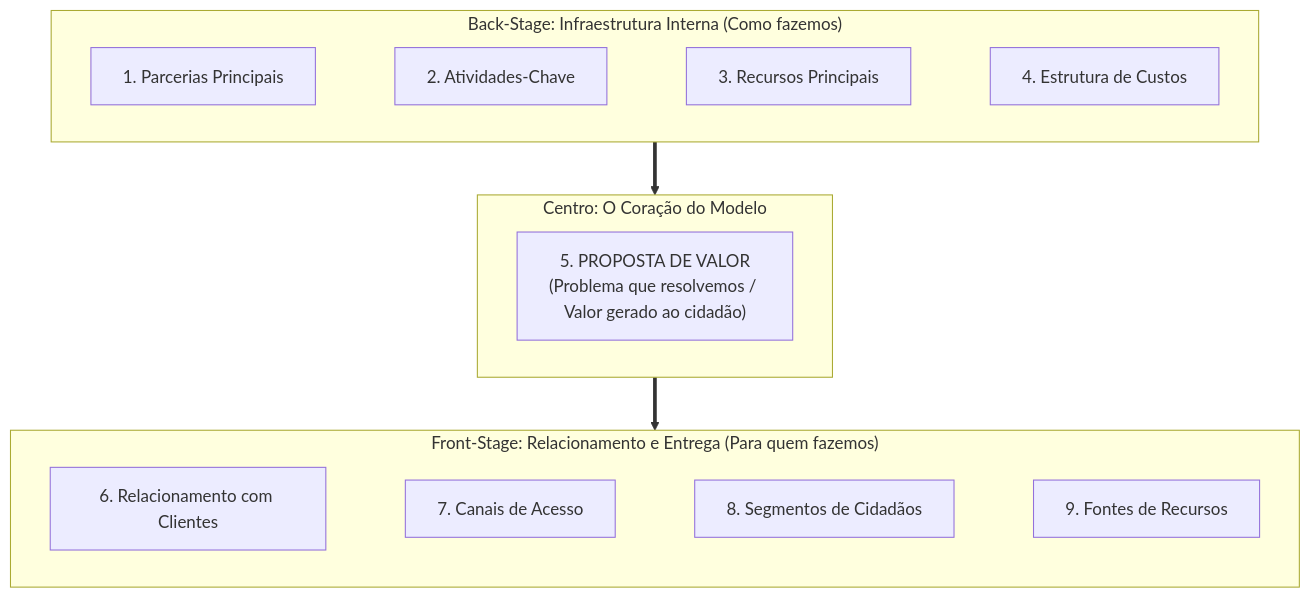
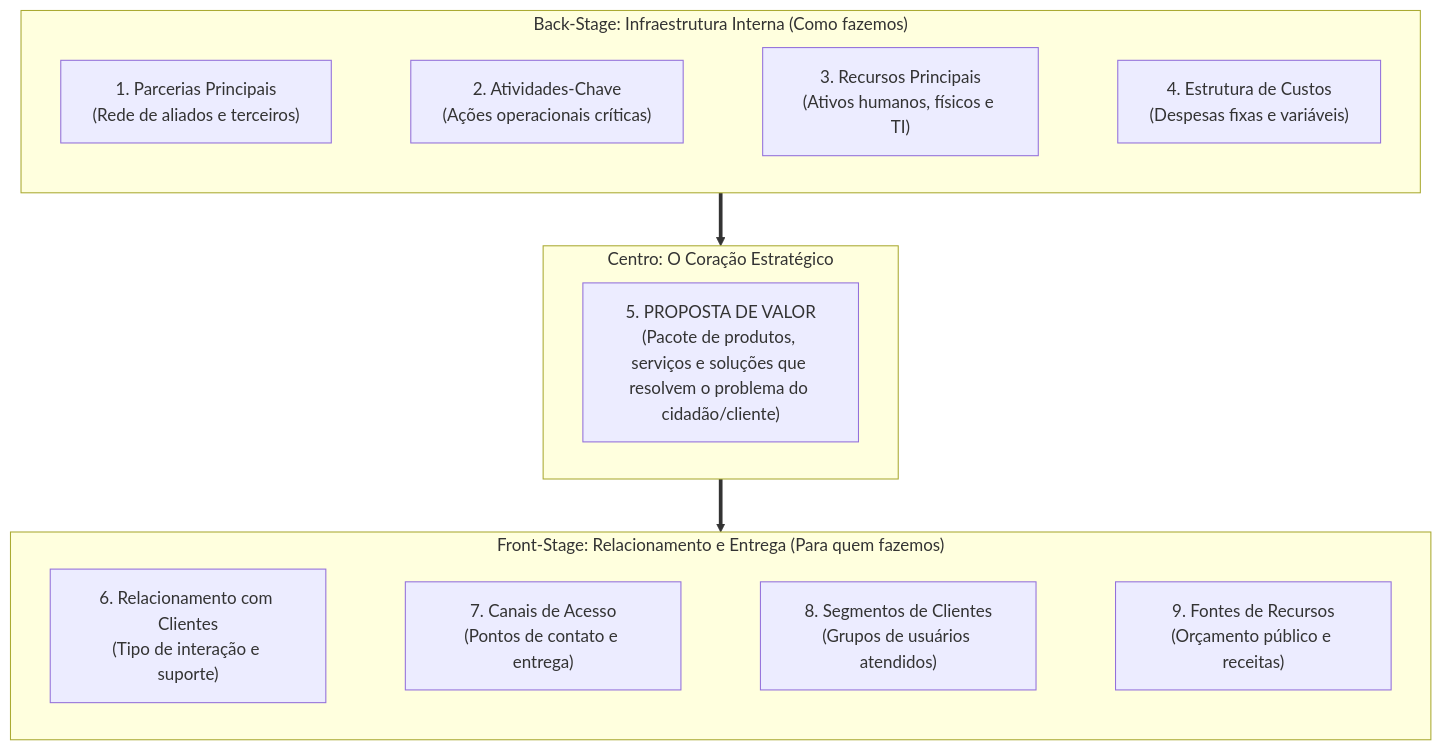
One commit to thiagosantos346/TCE-GO-2027 changed the fourth of 4 diagrams in fontes_de_estudo/conhecimentos_especificos_a01_tecnico_administrativo/23_administracao_estrategica/02_ferramentas_de_diagnostico_estrategico_swot_porter_rbv_canvas.md. Above: the diagram before and after it, drawn with Mermaid. The commit also changed other lines of this file and 119 other files, not shown here.

````diff
--- a/fontes_de_estudo/conhecimentos_especificos_a01_tecnico_administrativo/23_administracao_estrategica/02_ferramentas_de_diagnostico_estrategico_swot_porter_rbv_canvas.md
+++ b/fontes_de_estudo/conhecimentos_especificos_a01_tecnico_administrativo/23_administracao_estrategica/02_ferramentas_de_diagnostico_estrategico_swot_porter_rbv_canvas.md
@@ -161,18 +154,18 @@
 ```mermaid
 flowchart TD
-    subgraph Proposta ["Centro: O Coração do Modelo"]
-        Prop["5. PROPOSTA DE VALOR<br/>(Problema que resolvemos / Valor gerado ao cidadão)"]
+    subgraph Proposta ["Centro: O Coração Estratégico"]
+        Prop["5. PROPOSTA DE VALOR<br/>(Pacote de produtos, serviços e soluções que resolvem o problema do cidadão/cliente)"]
     end
 
     subgraph Operacao ["Back-Stage: Infraestrutura Interna (Como fazemos)"]
         direction LR
-        Parc["1. Parcerias Principais"] ~~~ Ativ["2. Atividades-Chave"] ~~~ Rec["3. Recursos Principais"] ~~~ Cust["4. Estrutura de Custos"]
+        Parc["1. Parcerias Principais<br/>(Rede de aliados e terceiros)"] ~~~ Ativ["2. Atividades-Chave<br/>(Ações operacionais críticas)"] ~~~ Rec["3. Recursos Principais<br/>(Ativos humanos, físicos e TI)"] ~~~ Cust["4. Estrutura de Custos<br/>(Despesas fixas e variáveis)"]
     end
 
     subgraph Mercado ["Front-Stage: Relacionamento e Entrega (Para quem fazemos)"]
         direction LR
-        Rel["6. Relacionamento com Clientes"] ~~~ Can["7. Canais de Acesso"] ~~~ Seg["8. Segmentos de Cidadãos"] ~~~ RecFin["9. Fontes de Recursos"]
+        Rel["6. Relacionamento com Clientes<br/>(Tipo de interação e suporte)"] ~~~ Can["7. Canais de Acesso<br/>(Pontos de contato e entrega)"] ~~~ Seg["8. Segmentos de Clientes<br/>(Grupos de usuários atendidos)"] ~~~ RecFin["9. Fontes de Recursos<br/>(Orçamento público e receitas)"]
     end
 
     Operacao ==> Proposta ==> Mercado
 ```
````
